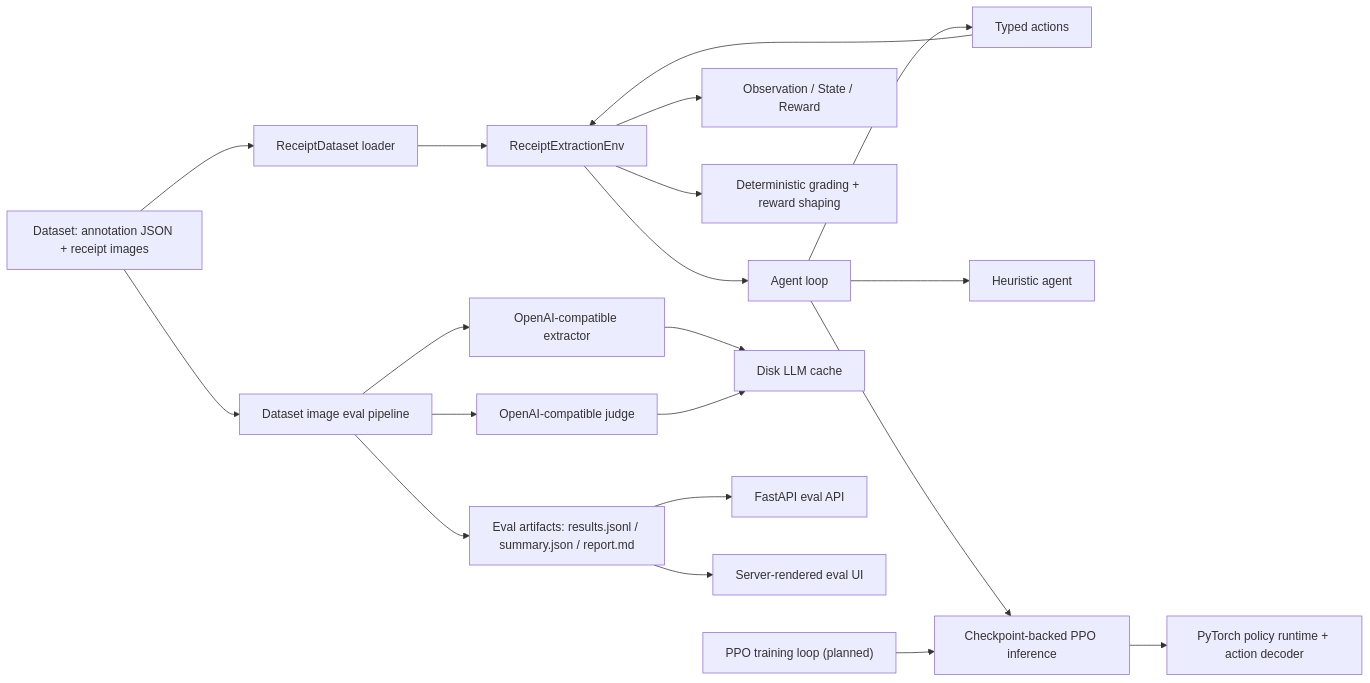
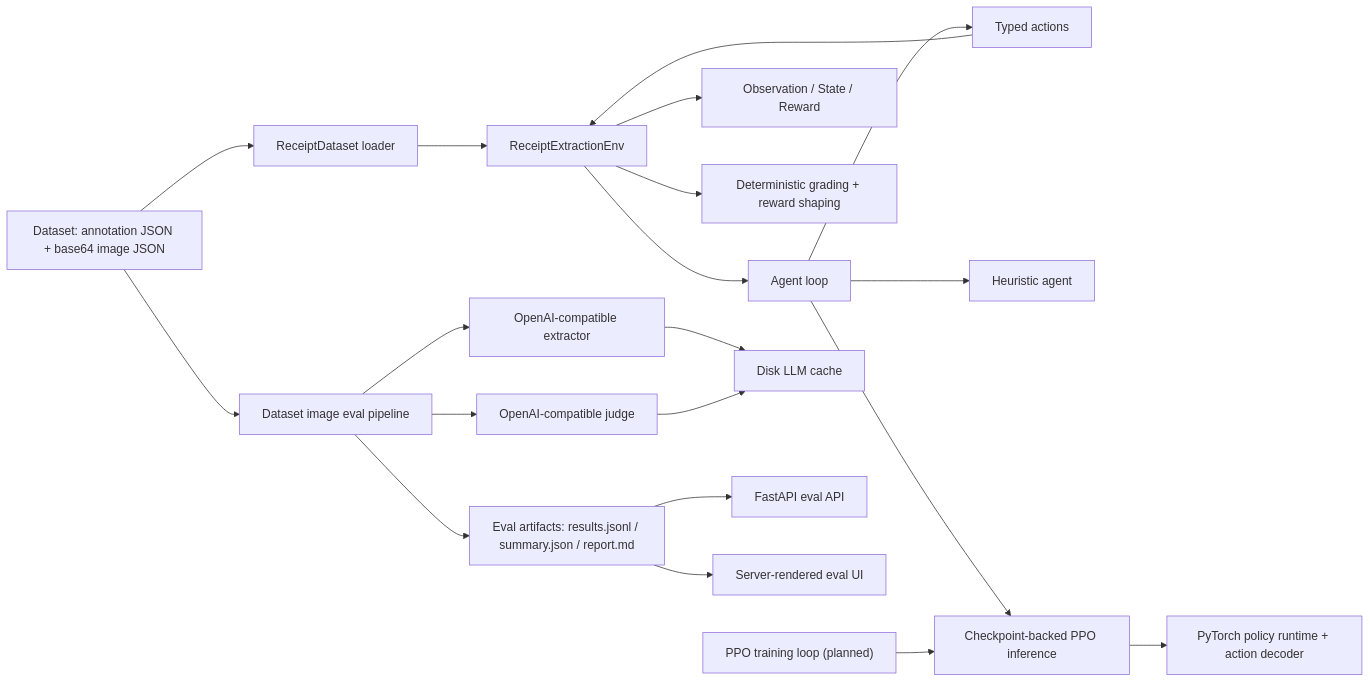
The diagram in docs/architecture/overall-system-architecture.md (shamitv/RL-Reciept-OCR), drawn with Mermaid before and after one commit. The commit also changed other lines of this file and 217 other files, not shown here.

Commit message:
Migrate receipt images to base64 JSON

````diff
--- a/docs/architecture/overall-system-architecture.md
+++ b/docs/architecture/overall-system-architecture.md
@@ -15,24 +15,24 @@
 ```mermaid
 flowchart LR
-    A["Dataset: annotation JSON + receipt images"] --> B["ReceiptDataset loader"]
+    A["Dataset: annotation JSON + base64 image JSON"] --> B["ReceiptDataset loader"]
     B --> C["ReceiptExtractionEnv"]
     C --> D["Agent loop"]
     D --> E["Typed actions"]
     E --> C
     C --> F["Observation / State / Reward"]
     C --> G["Deterministic grading + reward shaping"]
 
     D --> H["Heuristic agent"]
     D --> I["Checkpoint-backed PPO inference"]
     I --> J["PyTorch policy runtime + action decoder"]
     K["PPO training loop (planned)"] --> I
 
     A --> L["Dataset image eval pipeline"]
     L --> M["OpenAI-compatible extractor"]
     L --> N["OpenAI-compatible judge"]
     M --> O["Disk LLM cache"]
     N --> O
     L --> P["Eval artifacts: results.jsonl / summary.json / report.md"]
     P --> Q["FastAPI eval API"]
     P --> R["Server-rendered eval UI"]
 ```
````
